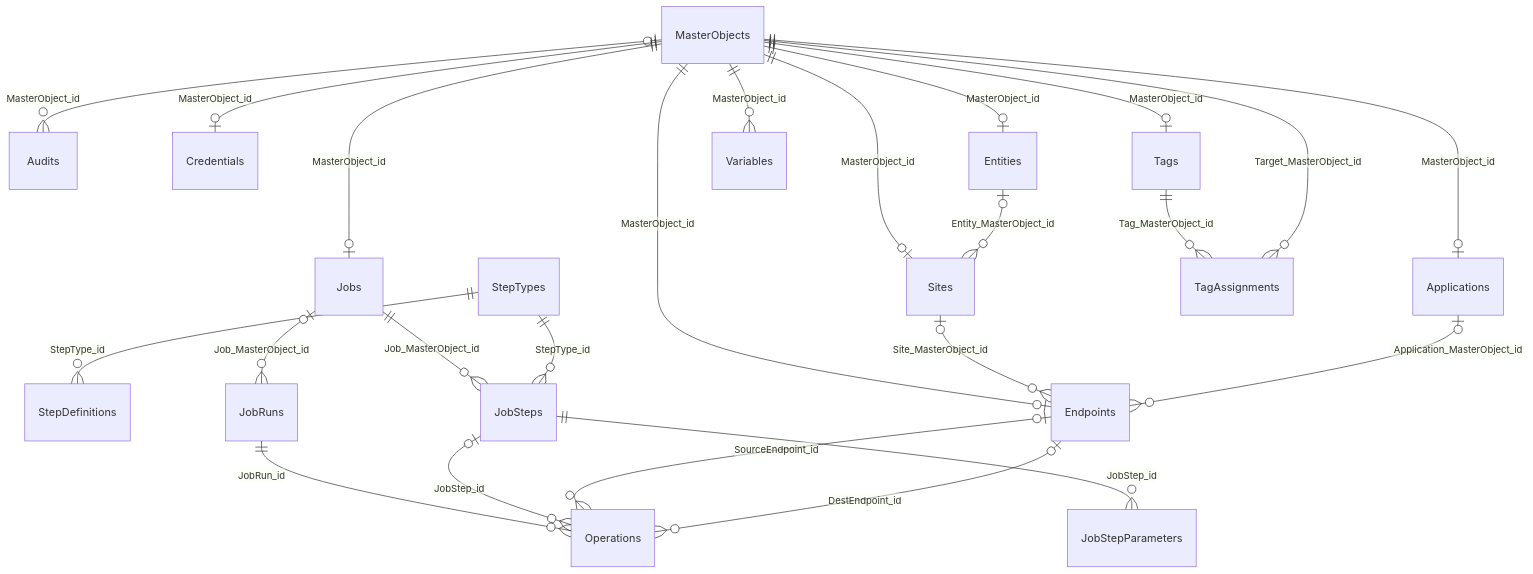
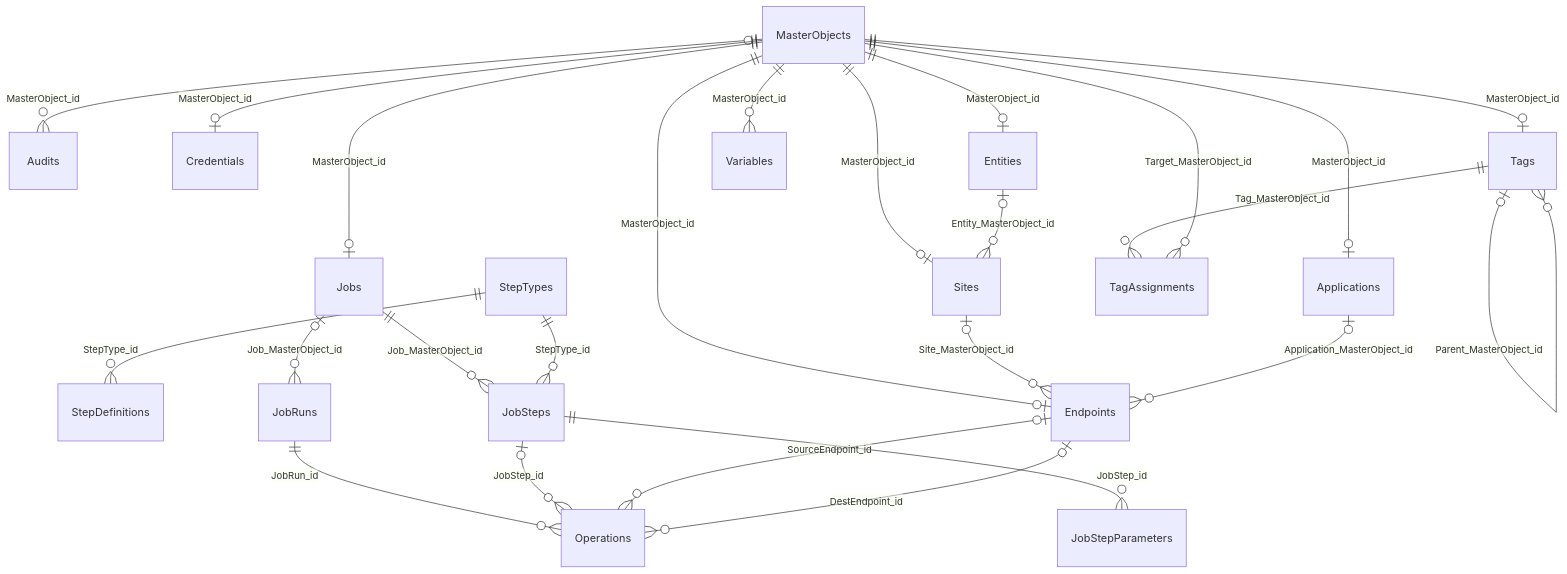
One commit to JayCBoal/AutomationApp changed the first of 4 diagrams in docs/DB_SCHEMA.md. Above: the diagram before and after it, drawn with Mermaid. The commit also changed other lines of this file and 43 other files, not shown here.

````diff
--- a/docs/DB_SCHEMA.md
+++ b/docs/DB_SCHEMA.md
@@ -17,26 +17,27 @@
 ```mermaid
 erDiagram
     MasterObjects ||--o| Applications : "MasterObject_id"
     MasterObjects |o--o{ Audits : "MasterObject_id"
     MasterObjects ||--o| Credentials : "MasterObject_id"
     MasterObjects ||--o| Entities : "MasterObject_id"
     MasterObjects ||--o| Jobs : "MasterObject_id"
     StepTypes ||--o{ StepDefinitions : "StepType_id"
     MasterObjects ||--o| Tags : "MasterObject_id"
+    Tags |o--o{ Tags : "Parent_MasterObject_id"
     MasterObjects ||--o{ Variables : "MasterObject_id"
     Jobs |o--o{ JobRuns : "Job_MasterObject_id"
     Jobs ||--o{ JobSteps : "Job_MasterObject_id"
     StepTypes ||--o{ JobSteps : "StepType_id"
     MasterObjects ||--o| Sites : "MasterObject_id"
     Entities |o--o{ Sites : "Entity_MasterObject_id"
     Tags ||--o{ TagAssignments : "Tag_MasterObject_id"
     MasterObjects ||--o{ TagAssignments : "Target_MasterObject_id"
     MasterObjects ||--o| Endpoints : "MasterObject_id"
     Sites |o--o{ Endpoints : "Site_MasterObject_id"
     Applications |o--o{ Endpoints : "Application_MasterObject_id"
     JobSteps ||--o{ JobStepParameters : "JobStep_id"
     JobRuns ||--o{ Operations : "JobRun_id"
     JobSteps |o--o{ Operations : "JobStep_id"
     Endpoints |o--o{ Operations : "SourceEndpoint_id"
     Endpoints |o--o{ Operations : "DestEndpoint_id"
 ```
````
